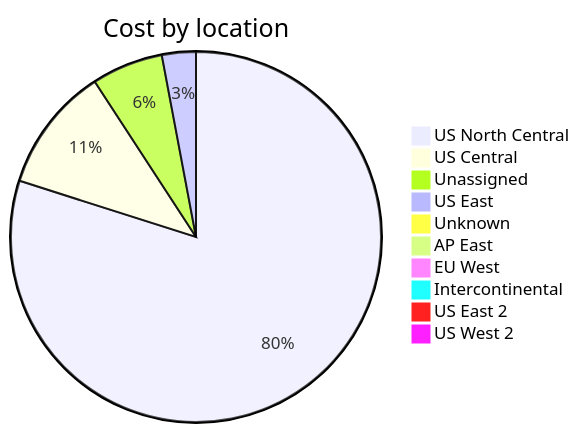
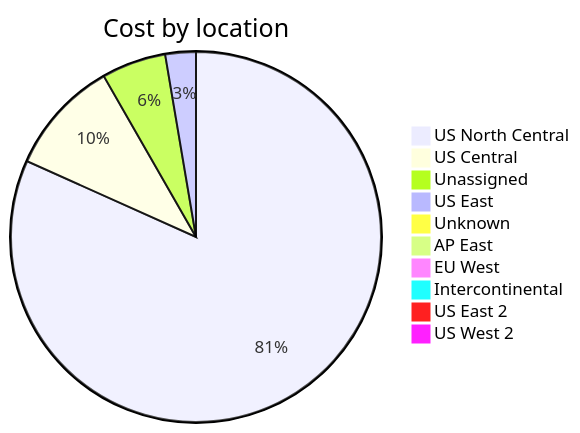
Before and after one commit to jpfulton/azure-personal-reports: the third of 4 diagrams in cost-reports/accumulated-cost.md, drawn with Mermaid. The commit also changed other lines of this file and 4 other files, not shown here.

````diff
--- a/cost-reports/accumulated-cost.md
+++ b/cost-reports/accumulated-cost.md
@@ -132,14 +132,14 @@
 ```mermaid
 pie
    title Cost by location
-   "US North Central" : 150.02
-   "US Central" : 20.46
-   "Unassigned" : 11.69
+   "US North Central" : 170.37
+   "US Central" : 20.86
+   "Unassigned" : 11.71
    "US East" : 5.56
-   "Unknown" : 0.79
+   "Unknown" : 0.83
    "AP East" : 0.00
    "EU West" : 0.00
    "Intercontinental" : 0.00
    "US East 2" : 0.00
    "US West 2" : 0.00
 ```
````
